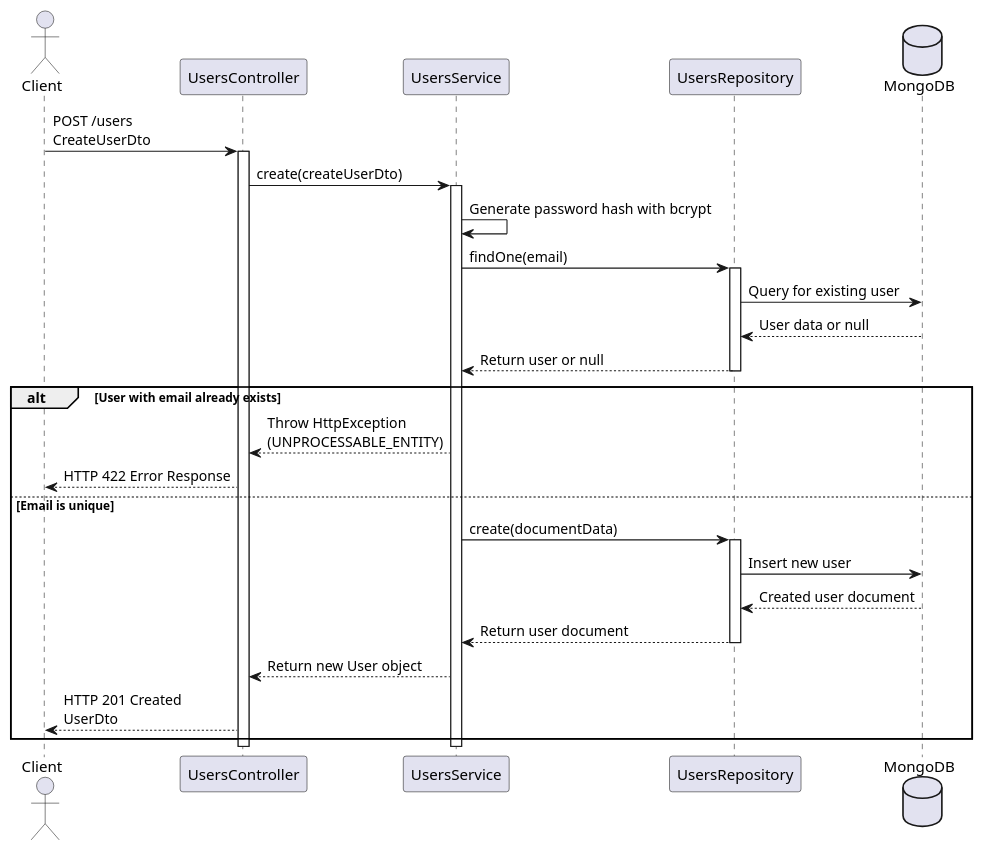
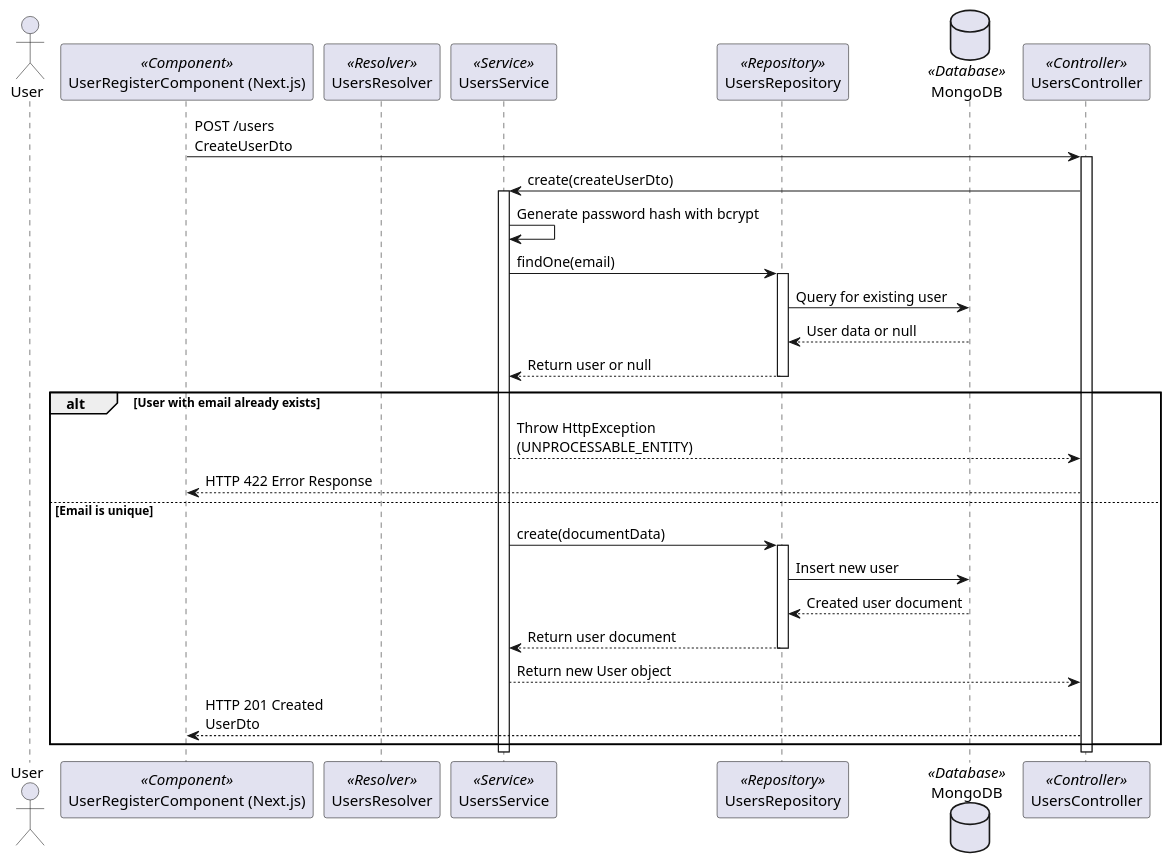
The diagram in documents/diagram/sequences/users/user-create-flow.puml (lehuygiang28/vphim), drawn with PlantUML before and after one commit. The commit also changed 43 other files, not shown here.

First line of the commit message:
refactor(diagrams): 🛠️ update sequence diagrams

```diff
--- a/documents/diagram/sequences/users/user-create-flow.puml
+++ b/documents/diagram/sequences/users/user-create-flow.puml
@@ -1,42 +1,47 @@
 @startuml User Creation Flow
 
-actor "Client" as Client
-participant "UsersController" as Controller
-participant "UsersService" as Service
-participant "UsersRepository" as Repository
-database "MongoDB" as DB
+actor "User" as user
+participant "UserRegisterComponent (Next.js)" as userRegisterComponent <<Component>>
+participant "UsersResolver" as usersResolver <<Resolver>>
+participant "UsersService" as usersService <<Service>>
+participant "UsersRepository" as usersRepository <<Repository>>
+database "MongoDB" as mongoDB <<Database>>
+participant "UsersController" as usersController <<Controller>>
 
-Client -> Controller: POST /users\nCreateUserDto
-activate Controller
 
-Controller -> Service: create(createUserDto)
-activate Service
 
-Service -> Service: Generate password hash with bcrypt
 
-Service -> Repository: findOne(email)
-activate Repository
-Repository -> DB: Query for existing user
-DB --> Repository: User data or null
-Repository --> Service: Return user or null
-deactivate Repository
+userRegisterComponent -> usersController: POST /users\nCreateUserDto
+activate usersController
+
+usersController -> usersService: create(createUserDto)
+activate usersService
+
+usersService -> usersService: Generate password hash with bcrypt
+
+usersService -> usersRepository: findOne(email)
+activate usersRepository
+usersRepository -> mongoDB: Query for existing user
+mongoDB --> usersRepository: User data or null
+usersRepository --> usersService: Return user or null
+deactivate usersRepository
 
 alt User with email already exists
-    Service --> Controller: Throw HttpException\n(UNPROCESSABLE_ENTITY)
-    Controller --> Client: HTTP 422 Error Response
+    usersService --> usersController: Throw HttpException\n(UNPROCESSABLE_ENTITY)
+    usersController --> userRegisterComponent: HTTP 422 Error Response
 else Email is unique
-    Service -> Repository: create(documentData)
-    activate Repository
-    Repository -> DB: Insert new user
-    DB --> Repository: Created user document
-    Repository --> Service: Return user document
-    deactivate Repository
-    
-    Service --> Controller: Return new User object
-    Controller --> Client: HTTP 201 Created\nUserDto
+    usersService -> usersRepository: create(documentData)
+    activate usersRepository
+    usersRepository -> mongoDB: Insert new user
+    mongoDB --> usersRepository: Created user document
+    usersRepository --> usersService: Return user document
+    deactivate usersRepository
+
+    usersService --> usersController: Return new User object
+    usersController --> userRegisterComponent: HTTP 201 Created\nUserDto
 end
 
-deactivate Service
-deactivate Controller
+deactivate usersService
+deactivate usersController
 
-@enduml 
+@enduml
```
